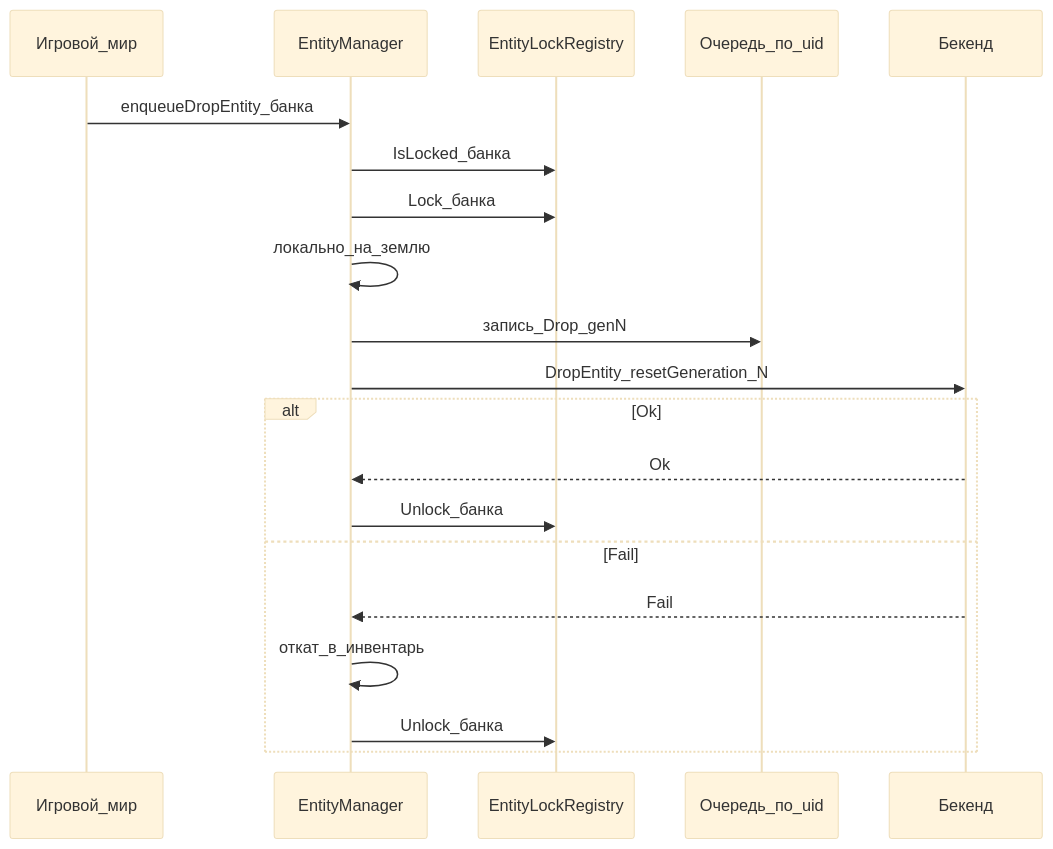
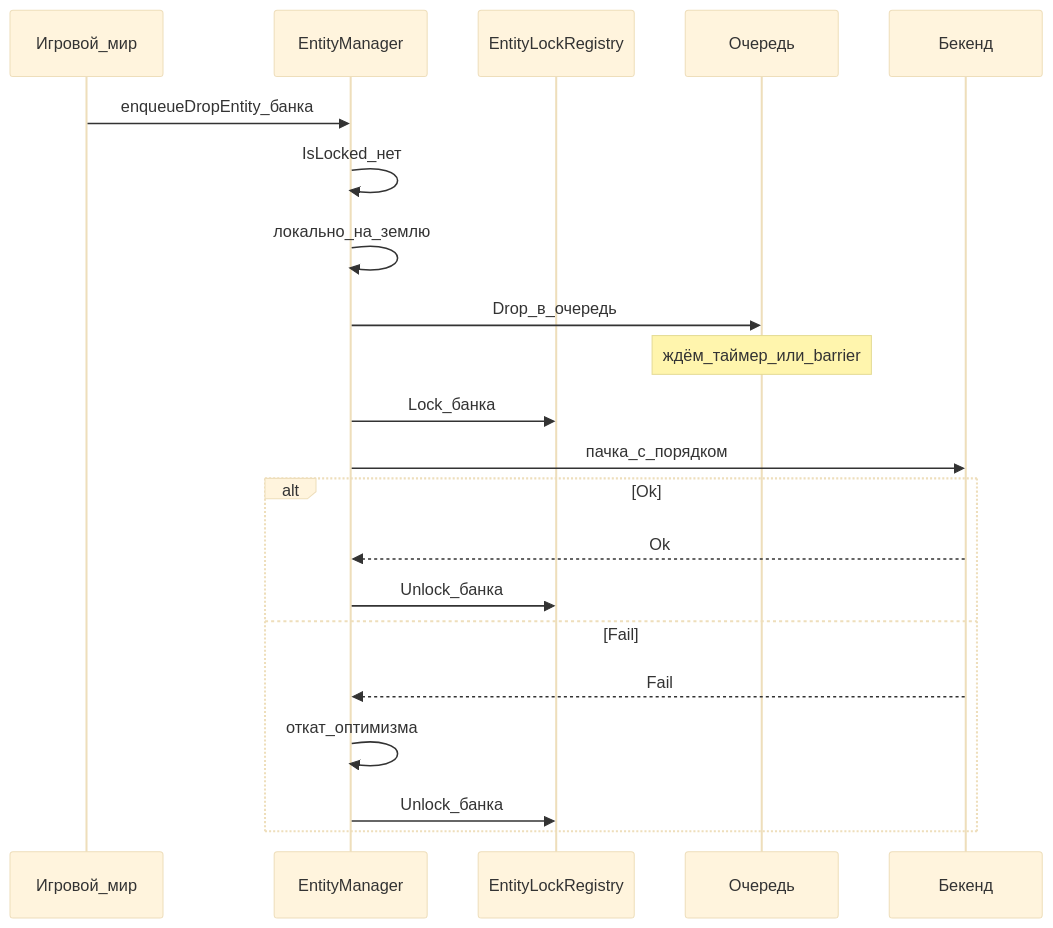
The diagram in Architecture/EntityManager.Operations.md (EvGenius91/arma-r-arch), drawn with Mermaid (base theme) before and after one commit. The commit also changed other lines of this file and 4 other files, not shown here.

````diff
--- a/Architecture/EntityManager.Operations.md
+++ b/Architecture/EntityManager.Operations.md
@@ -52,23 +96,24 @@
 ```mermaid
 sequenceDiagram
     participant World as Игровой_мир
     participant EM as EntityManager
     participant Lock as EntityLockRegistry
-    participant Q as Очередь_по_uid
+    participant Q as Очередь
     participant BE as Бекенд
 
     World->>EM: enqueueDropEntity_банка
-    EM->>Lock: IsLocked_банка
+    EM->>EM: IsLocked_нет
+    EM->>EM: локально_на_землю
+    EM->>Q: Drop_в_очередь
+    Note over Q: ждём_таймер_или_barrier
     EM->>Lock: Lock_банка
-    EM->>EM: локально_на_землю
-    EM->>Q: запись_Drop_genN
-    EM->>BE: DropEntity_resetGeneration_N
+    EM->>BE: пачка_с_порядком
     alt Ok
         BE-->>EM: Ok
         EM->>Lock: Unlock_банка
     else Fail
         BE-->>EM: Fail
-        EM->>EM: откат_в_инвентарь
+        EM->>EM: откат_оптимизма
         EM->>Lock: Unlock_банка
     end
 ```
````
